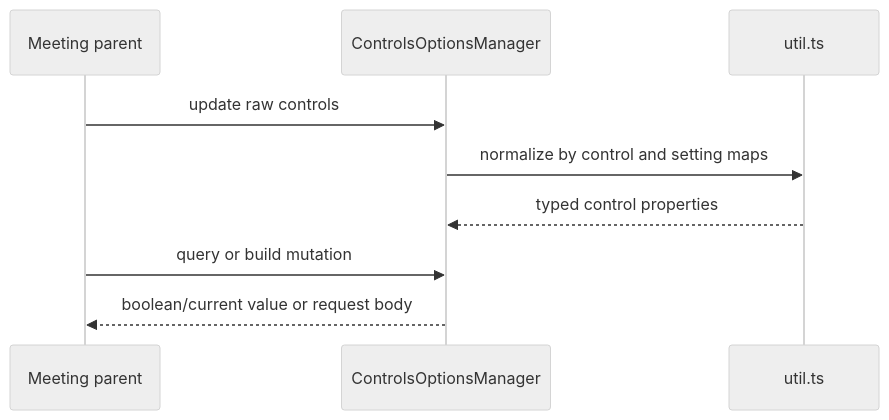
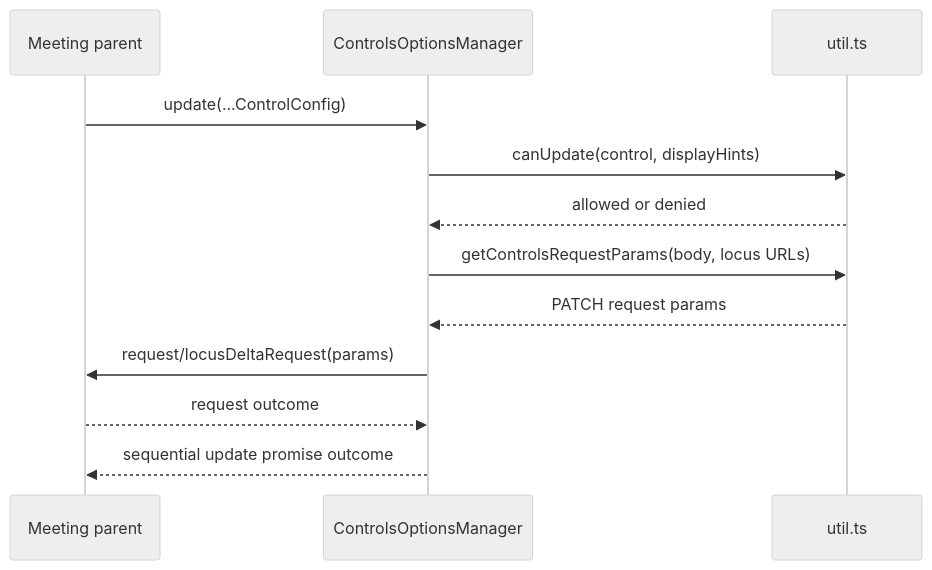
One commit to webex/webex-js-sdk changed the second of 4 diagrams in packages/@webex/plugin-meetings/src/controls-options-manager/ai-docs/controls-options-manager-spec.md. Above: the diagram before and after it, drawn with Mermaid (neutral theme). The commit also changed other lines of this file and 24 other files, not shown here.

````diff
--- a/packages/@webex/plugin-meetings/src/controls-options-manager/ai-docs/controls-options-manager-spec.md
+++ b/packages/@webex/plugin-meetings/src/controls-options-manager/ai-docs/controls-options-manager-spec.md
@@ -123,11 +152,14 @@
 ```mermaid
 sequenceDiagram
   participant P as Meeting parent
   participant M as ControlsOptionsManager
   participant U as util.ts
-  P->>M: update raw controls
-  M->>U: normalize by control and setting maps
-  U-->>M: typed control properties
-  P->>M: query or build mutation
-  M-->>P: boolean/current value or request body
+  P->>M: update(...ControlConfig)
+  M->>U: canUpdate(control, displayHints)
+  U-->>M: allowed or denied
+  M->>U: getControlsRequestParams(body, locus URLs)
+  U-->>M: PATCH request params
+  M->>P: request/locusDeltaRequest(params)
+  P-->>M: request outcome
+  M-->>P: sequential update promise outcome
 ```
````
